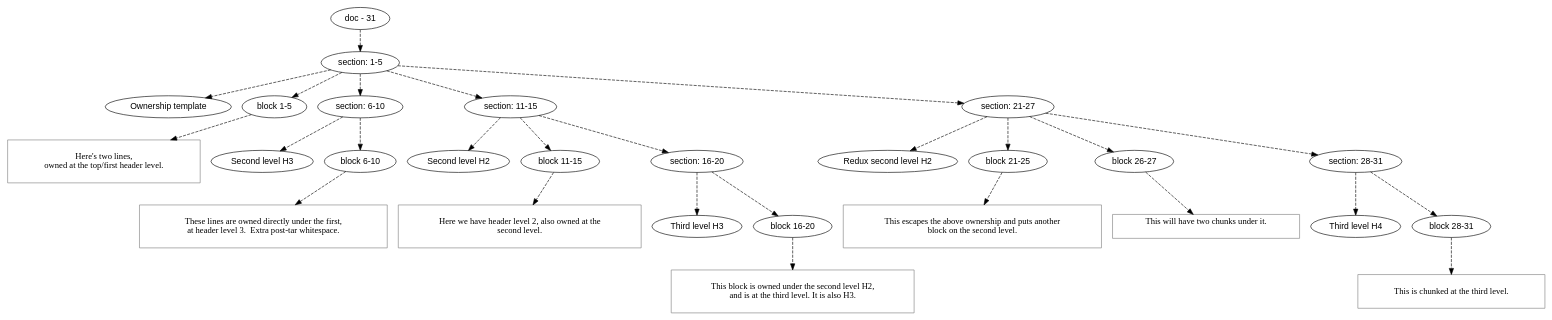
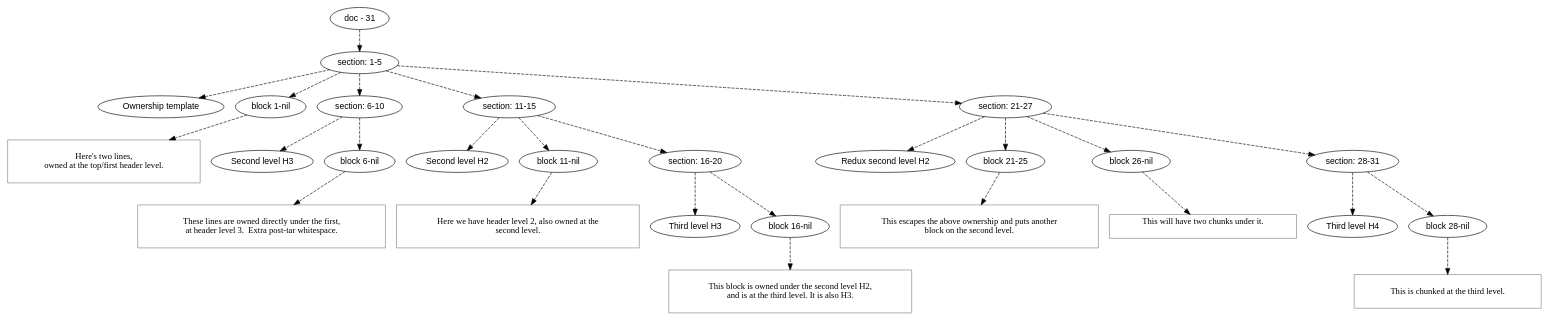
Before and after one commit to mnemnion/orb: the diagram in orb/dot/samples/own_template.gm.dot, drawn with Graphviz. The commit also changed 40 other files, not shown here.

```diff
--- a/orb/dot/samples/own_template.gm.dot
+++ b/orb/dot/samples/own_template.gm.dot
@@ -1,95 +1,95 @@
 digraph hierarchy {
 
 node [fontname=Helvetica]
 edge [style=dashed]
 
 doc_0 [label="doc - 31"]
 
 doc_0 -> { section_1}
 {rank=same; section_1}
 
 section_1 [label="section: 1-5"]
 
 section_1 -> { header_2 block_3 section_4 section_5 section_6}
 {rank=same; header_2 block_3 section_4 section_5 section_6}
 
 header_2 [label="Ownership template"]
-block_3 [label="block 1-5"]
+block_3 [label="block 1-nil"]
 section_4 [label="section: 6-10"]
 section_5 [label="section: 11-15"]
 section_6 [label="section: 21-27"]
 
 
 block_3 -> leaf_7
 leaf_7  [color=Gray,shape=rectangle,fontname=Inconsolata,label="
 Here's two lines,
 owned at the top/first header level.
 
 "]section_4 -> { header_8 block_9}
 {rank=same; header_8 block_9}
 
 header_8 [label="Second level H3"]
-block_9 [label="block 6-10"]
+block_9 [label="block 6-nil"]
 
 
 block_9 -> leaf_10
 leaf_10  [color=Gray,shape=rectangle,fontname=Inconsolata,label="
 These lines are owned directly under the first,
 at header level 3.  Extra post-tar whitespace.
 
 "]section_5 -> { header_11 block_12 section_13}
 {rank=same; header_11 block_12 section_13}
 
 header_11 [label="Second level H2"]
-block_12 [label="block 11-15"]
+block_12 [label="block 11-nil"]
 section_13 [label="section: 16-20"]
 
 
 block_12 -> leaf_14
 leaf_14  [color=Gray,shape=rectangle,fontname=Inconsolata,label="
 Here we have header level 2, also owned at the
 second level.
 
 "]section_13 -> { header_15 block_16}
 {rank=same; header_15 block_16}
 
 header_15 [label="Third level H3"]
-block_16 [label="block 16-20"]
+block_16 [label="block 16-nil"]
 
 
 block_16 -> leaf_17
 leaf_17  [color=Gray,shape=rectangle,fontname=Inconsolata,label="
 This block is owned under the second level H2,
 and is at the third level. It is also H3.
 
 "]section_6 -> { header_18 block_19 block_20 section_21}
 {rank=same; header_18 block_19 block_20 section_21}
 
 header_18 [label="Redux second level H2"]
 block_19 [label="block 21-25"]
-block_20 [label="block 26-27"]
+block_20 [label="block 26-nil"]
 section_21 [label="section: 28-31"]
 
 
 block_19 -> leaf_22
 leaf_22  [color=Gray,shape=rectangle,fontname=Inconsolata,label="
 This escapes the above ownership and puts another
 block on the second level.
 
 "]
 block_20 -> leaf_23
 leaf_23  [color=Gray,shape=rectangle,fontname=Inconsolata,label="This will have two chunks under it.
 
 "]section_21 -> { header_24 block_25}
 {rank=same; header_24 block_25}
 
 header_24 [label="Third level H4"]
-block_25 [label="block 28-31"]
+block_25 [label="block 28-nil"]
 
 
 block_25 -> leaf_26
 leaf_26  [color=Gray,shape=rectangle,fontname=Inconsolata,label="
 This is chunked at the third level.
 
 "]
 }
```
